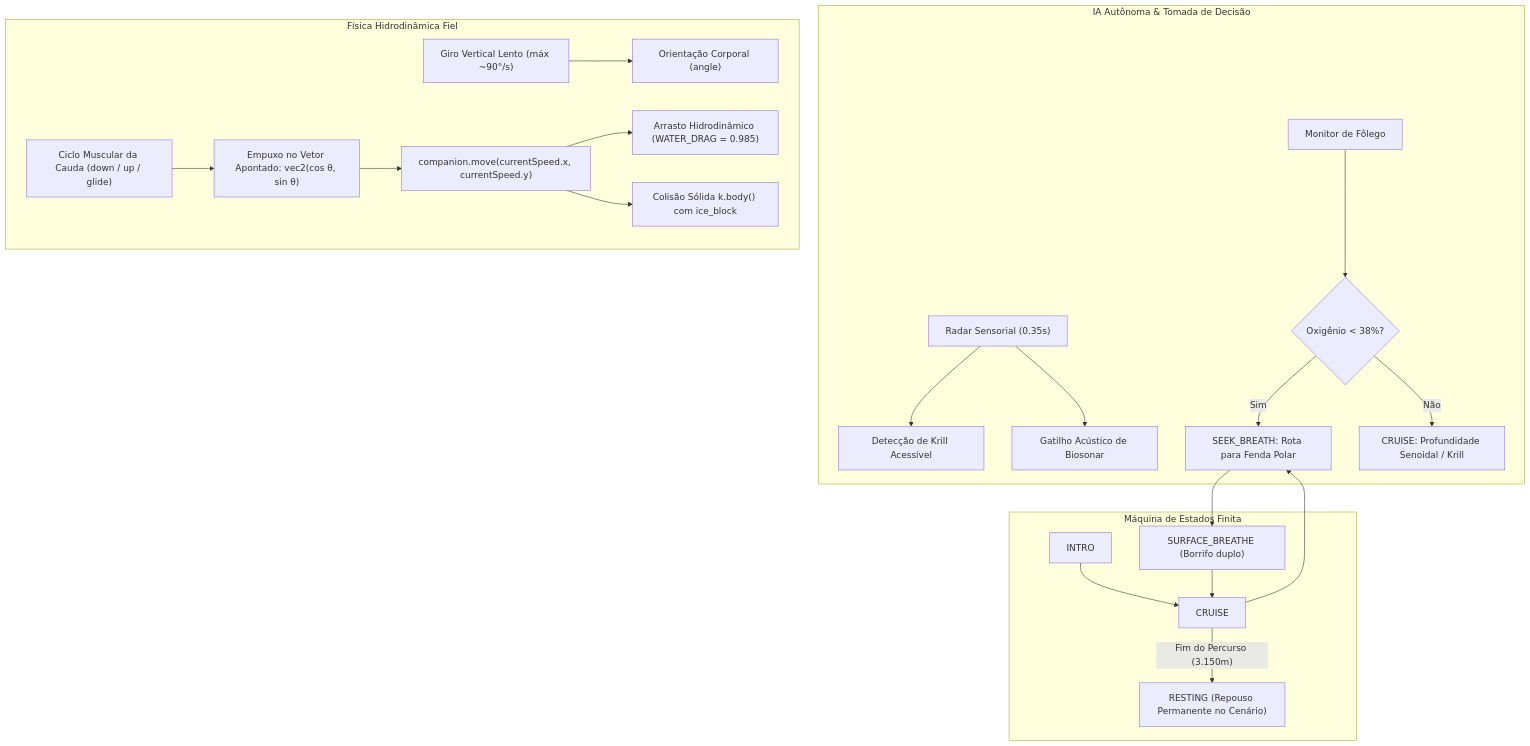
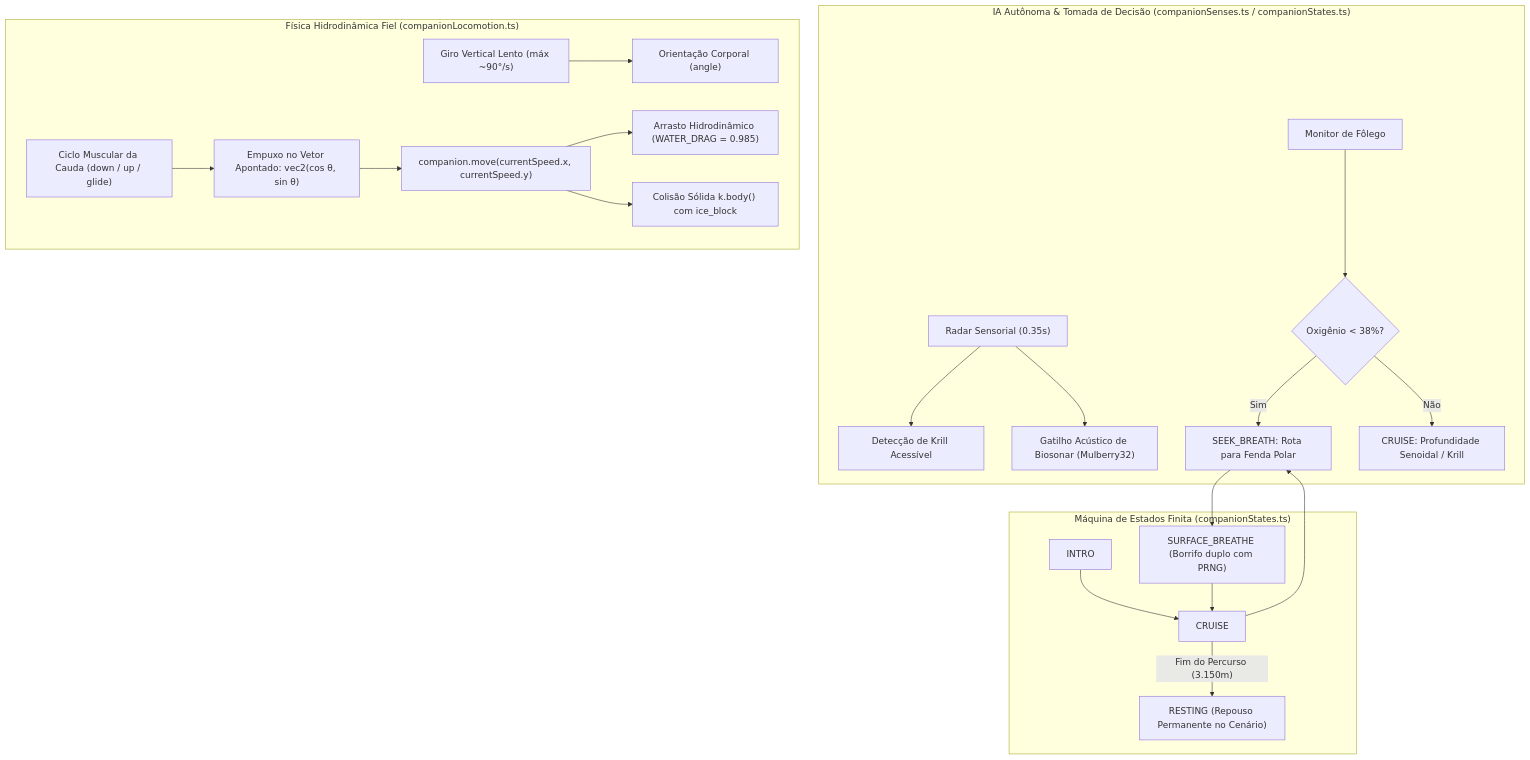
One commit to FeCruz0/micro-splash changed the fourth of 5 diagrams in docs/ARCHITECTURE.md. Above: the diagram before and after it, drawn with Mermaid. The commit also changed other lines of this file and 15 other files, not shown here.

````diff
--- a/docs/ARCHITECTURE.md
+++ b/docs/ARCHITECTURE.md
@@ -209,26 +215,26 @@
 ```mermaid
 graph TD
-    subgraph IA["IA Autônoma & Tomada de Decisão"]
+    subgraph IA["IA Autônoma & Tomada de Decisão (companionSenses.ts / companionStates.ts)"]
         RADAR["Radar Sensorial (0.35s)"] --> KRILL_DET["Detecção de Krill Acessível"]
-        RADAR --> SONAR_TRIG["Gatilho Acústico de Biosonar"]
+        RADAR --> SONAR_TRIG["Gatilho Acústico de Biosonar (Mulberry32)"]
         O2_CHECK["Monitor de Fôlego"] --> O2_LOW{"Oxigênio < 38%?"}
         O2_LOW -->|"Sim"| SEEK["SEEK_BREATH: Rota para Fenda Polar"]
         O2_LOW -->|"Não"| CRUISE_AIM["CRUISE: Profundidade Senoidal / Krill"]
     end
 
-    subgraph FISICA["Física Hidrodinâmica Fiel"]
+    subgraph FISICA["Física Hidrodinâmica Fiel (companionLocomotion.ts)"]
         STEER["Giro Vertical Lento (máx ~90°/s)"] --> ANGLE["Orientação Corporal (angle)"]
         STROKE["Ciclo Muscular da Cauda (down / up / glide)"] --> THRUST["Empuxo no Vetor Apontado: vec2(cos θ, sin θ)"]
         THRUST --> MOVE["companion.move(currentSpeed.x, currentSpeed.y)"]
         MOVE --> DRAG["Arrasto Hidrodinâmico (WATER_DRAG = 0.985)"]
         MOVE --> ICE_COL["Colisão Sólida k.body() com ice_block"]
     end
 
-    subgraph CICLO["Máquina de Estados Finita"]
+    subgraph CICLO["Máquina de Estados Finita (companionStates.ts)"]
         INTRO["INTRO"] --> CRUISE["CRUISE"]
         CRUISE --> SEEK
-        SEEK --> SURFACE["SURFACE_BREATHE (Borrifo duplo)"]
+        SEEK --> SURFACE["SURFACE_BREATHE (Borrifo duplo com PRNG)"]
         SURFACE --> CRUISE
         CRUISE -->|"Fim do Percurso (3.150m)"| REST["RESTING (Repouso Permanente no Cenário)"]
     end
 ```
````
